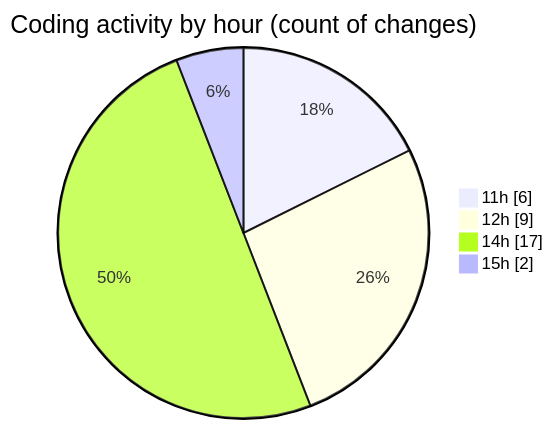
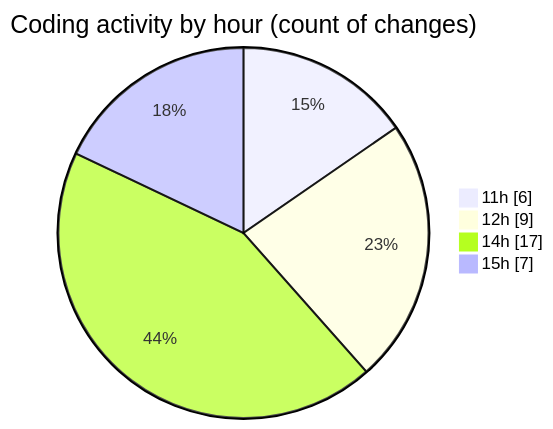
The second of 2 diagrams in 2025-10-17/untitled__workspace_/README.md (debugP/code-tracking), drawn with Mermaid before and after one commit. The commit also changed other lines of this file and 1 other file, not shown here.

````diff
--- a/2025-10-17/untitled__workspace_/README.md
+++ b/2025-10-17/untitled__workspace_/README.md
@@ -32,8 +32,8 @@
 ```mermaid
 pie showData
 title Coding activity by hour (count of changes)
 "11h" : 6
 "12h" : 9
 "14h" : 17
-"15h" : 2
+"15h" : 7
 ```
````
